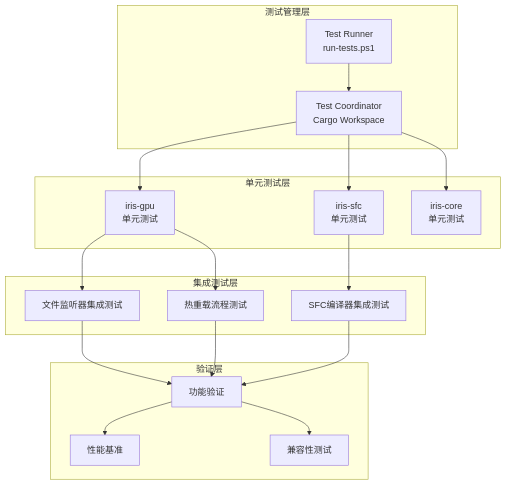
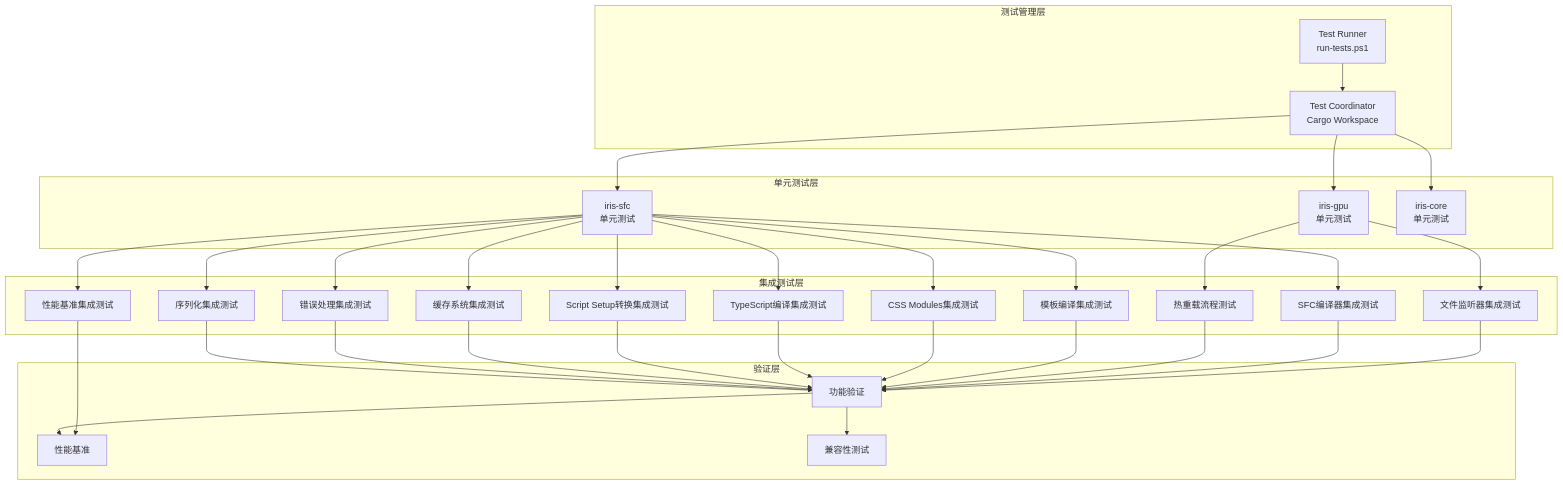
One commit to itszzl-sudo/iris changed the second of 8 diagrams in .qoder/repowiki/zh/content/核心功能特性/工程化与商业化能力/测试框架与基础设施.md. Above: the diagram before and after it, drawn with Mermaid. The commit also changed other lines of this file and 8 other files, not shown here.

````diff
--- a/.qoder/repowiki/zh/content/核心功能特性/工程化与商业化能力/测试框架与基础设施.md
+++ b/.qoder/repowiki/zh/content/核心功能特性/工程化与商业化能力/测试框架与基础设施.md
@@ -106,34 +122,58 @@
 ```mermaid
 graph TB
 subgraph "测试管理层"
 TR[Test Runner<br/>run-tests.ps1]
 TC[Test Coordinator<br/>Cargo Workspace]
 end
 subgraph "单元测试层"
 UT1[iris-gpu<br/>单元测试]
 UT2[iris-sfc<br/>单元测试]
 UT3[iris-core<br/>单元测试]
 end
 subgraph "集成测试层"
 IT1[文件监听器集成测试]
 IT2[SFC编译器集成测试]
 IT3[热重载流程测试]
+IT4[模板编译集成测试]
+IT5[CSS Modules集成测试]
+IT6[TypeScript编译集成测试]
+IT7[Script Setup转换集成测试]
+IT8[缓存系统集成测试]
+IT9[性能基准集成测试]
+IT10[错误处理集成测试]
+IT11[序列化集成测试]
 end
 subgraph "验证层"
 VR[功能验证]
 PR[性能基准]
 CR[兼容性测试]
 end
 TR --> TC
 TC --> UT1
 TC --> UT2
 TC --> UT3
 UT1 --> IT1
 UT2 --> IT2
 UT1 --> IT3
+UT2 --> IT4
+UT2 --> IT5
+UT2 --> IT6
+UT2 --> IT7
+UT2 --> IT8
+UT2 --> IT9
+UT2 --> IT10
+UT2 --> IT11
 IT1 --> VR
 IT2 --> VR
 IT3 --> VR
+IT4 --> VR
+IT5 --> VR
+IT6 --> VR
+IT7 --> VR
+IT8 --> VR
+IT9 --> PR
+IT10 --> VR
+IT11 --> VR
 VR --> PR
 VR --> CR
 ```
````
